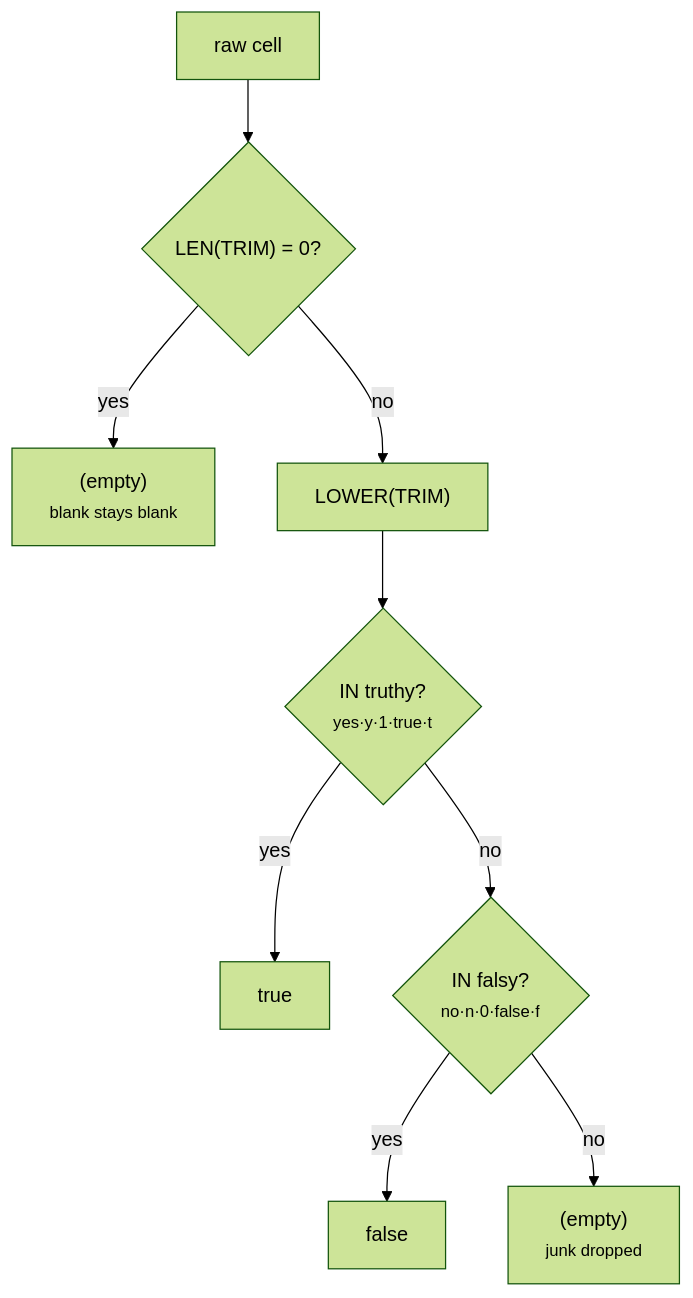
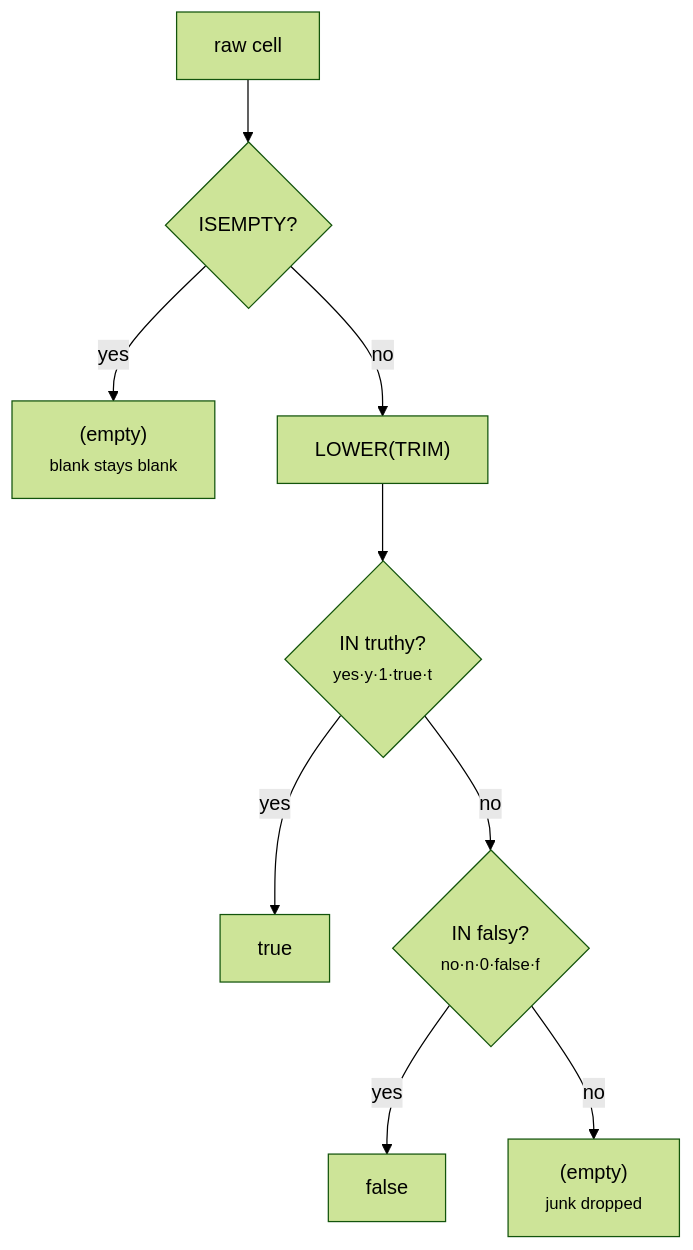
The diagram in docs/examples/intermediate/boolean-variants/index.md (zaxified/bxp), drawn with Mermaid (forest theme) before and after one commit. The commit also changed 53 other files, not shown here.

````diff
--- a/docs/examples/intermediate/boolean-variants/index.md
+++ b/docs/examples/intermediate/boolean-variants/index.md
@@ -23,11 +23,11 @@
 ```mermaid
 flowchart TD
-    X["raw cell"] --> G{"LEN(TRIM) = 0?"}
+    X["raw cell"] --> G{"ISEMPTY?"}
     G -->|yes| E["(empty)<br/><small>blank stays blank</small>"]
     G -->|no| L["LOWER(TRIM)"]
     L --> T{"IN truthy?<br/><small>yes·y·1·true·t</small>"}
     T -->|yes| TR["true"]
     T -->|no| F{"IN falsy?<br/><small>no·n·0·false·f</small>"}
     F -->|yes| FA["false"]
     F -->|no| U["(empty)<br/><small>junk dropped</small>"]
 ```
````
